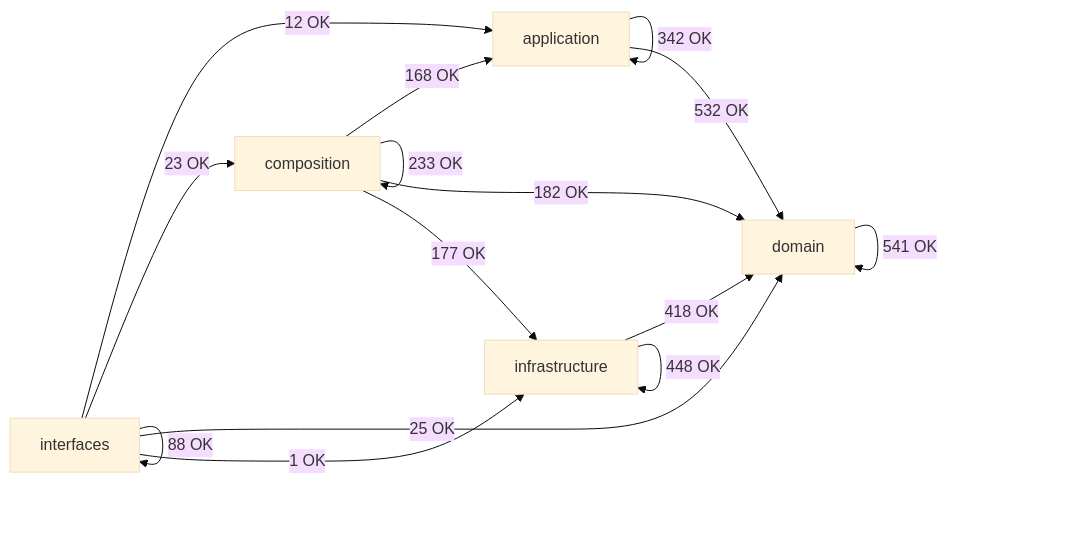
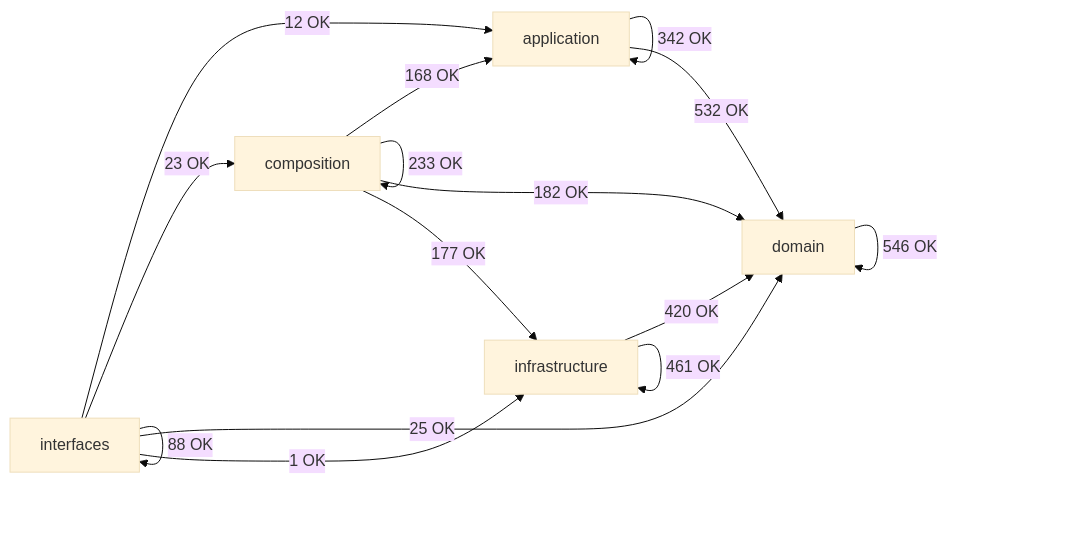
One commit to SatoryKono/BioactivityDataAcquisition changed the diagram in docs/02-architecture/generated/module-dependency-map.md. Above: the diagram before and after it, drawn with Mermaid (base theme). The commit also changed other lines of this file and 127 other files, not shown here.

````diff
--- a/docs/02-architecture/generated/module-dependency-map.md
+++ b/docs/02-architecture/generated/module-dependency-map.md
@@ -15,22 +15,22 @@
 ```mermaid
 flowchart LR
     domain[domain]
     application[application]
     infrastructure[infrastructure]
     composition[composition]
     interfaces[interfaces]
     application -->|342 OK| application
     application -->|532 OK| domain
     composition -->|168 OK| application
     composition -->|233 OK| composition
     composition -->|182 OK| domain
     composition -->|177 OK| infrastructure
-    domain -->|541 OK| domain
-    infrastructure -->|418 OK| domain
-    infrastructure -->|448 OK| infrastructure
+    domain -->|546 OK| domain
+    infrastructure -->|420 OK| domain
+    infrastructure -->|461 OK| infrastructure
     interfaces -->|12 OK| application
     interfaces -->|23 OK| composition
     interfaces -->|25 OK| domain
     interfaces -->|1 OK| infrastructure
     interfaces -->|88 OK| interfaces
 ```
````
